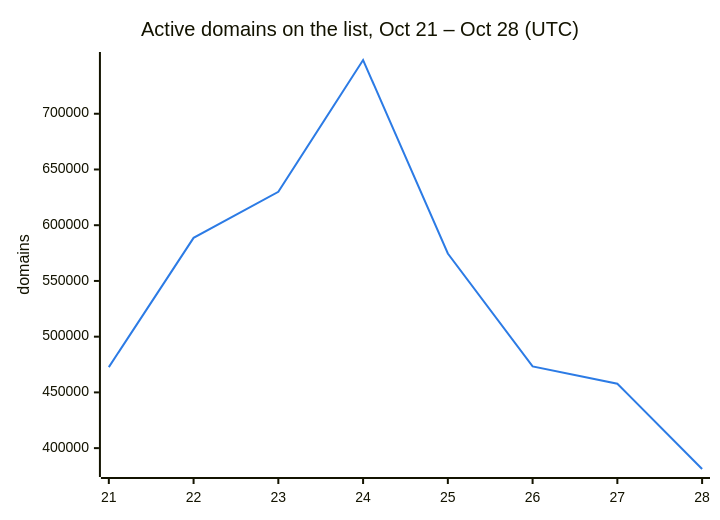
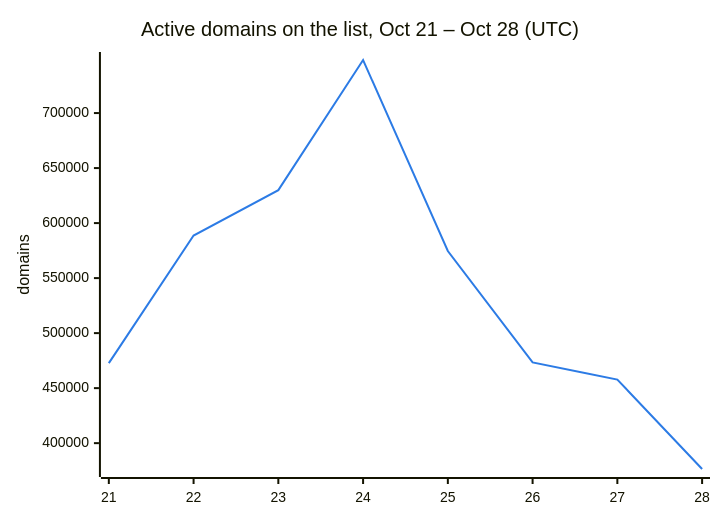
The second of 3 diagrams in README.md (DNSBunker/CTI), drawn with Mermaid before and after one commit. The commit also changed other lines of this file and 3 other files, not shown here.

````diff
--- a/README.md
+++ b/README.md
@@ -38,8 +38,8 @@
 ```mermaid
 %%{init: {"themeVariables": {"xyChart": {"plotColorPalette": "#2c7be5"}}}}%%
 xychart-beta
     title "Active domains on the list, Oct 21 – Oct 28 (UTC)"
     x-axis ["21", "22", "23", "24", "25", "26", "27", "28"]
     y-axis "domains"
-    line [472713, 588659, 629951, 748222, 574614, 473331, 457795, 381276]
+    line [472713, 588659, 629951, 748222, 574614, 473331, 457795, 376508]
 ```
````
